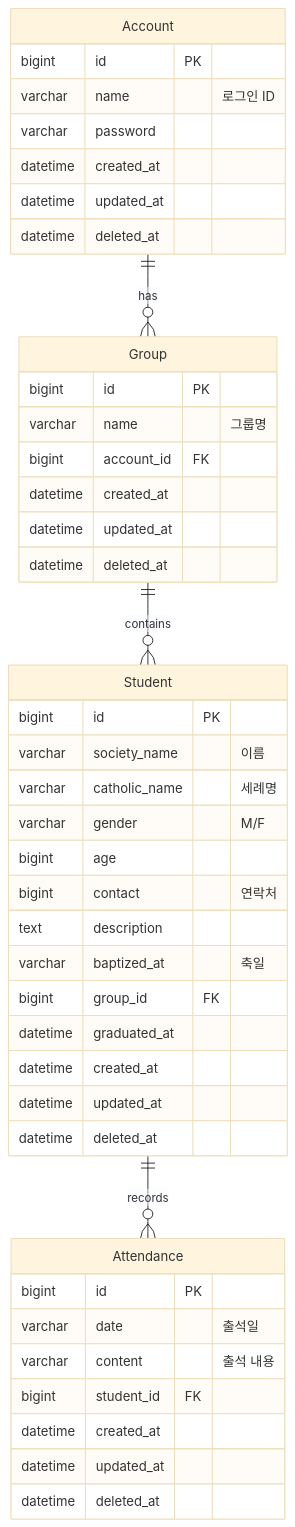
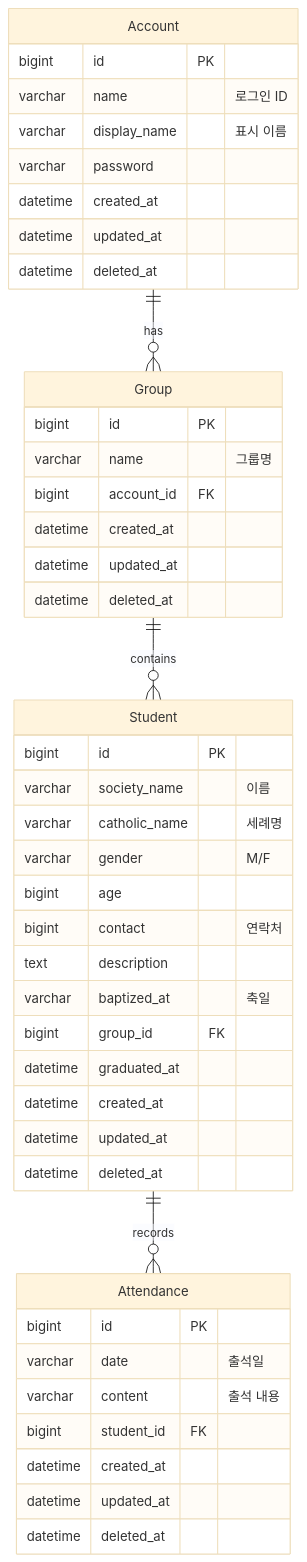
The second of 2 diagrams in README.md (dc-choi/school-manage), drawn with Mermaid (base theme) before and after one commit.

Commit message:
docs: ERD에 Account.display_name 필드 추가

````diff
--- a/README.md
+++ b/README.md
@@ -79,50 +79,51 @@
 ```mermaid
 erDiagram
     Account ||--o{ Group : has
     Group ||--o{ Student : contains
     Student ||--o{ Attendance : records
 
     Account {
         bigint id PK
         varchar name "로그인 ID"
+        varchar display_name "표시 이름"
         varchar password
         datetime created_at
         datetime updated_at
         datetime deleted_at
     }
 
     Group {
         bigint id PK
         varchar name "그룹명"
         bigint account_id FK
         datetime created_at
         datetime updated_at
         datetime deleted_at
     }
 
     Student {
         bigint id PK
         varchar society_name "이름"
         varchar catholic_name "세례명"
         varchar gender "M/F"
         bigint age
         bigint contact "연락처"
         text description
         varchar baptized_at "축일"
         bigint group_id FK
         datetime graduated_at
         datetime created_at
         datetime updated_at
         datetime deleted_at
     }
 
     Attendance {
         bigint id PK
         varchar date "출석일"
         varchar content "출석 내용"
         bigint student_id FK
         datetime created_at
         datetime updated_at
         datetime deleted_at
     }
 ```
````
